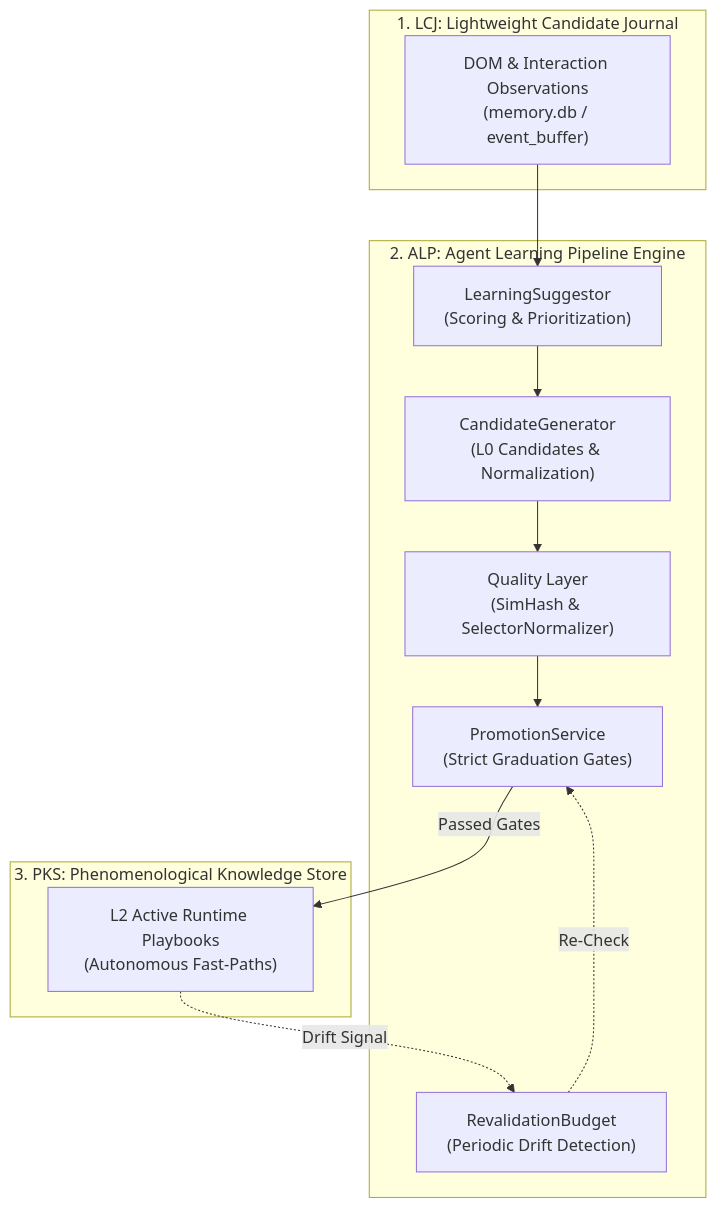
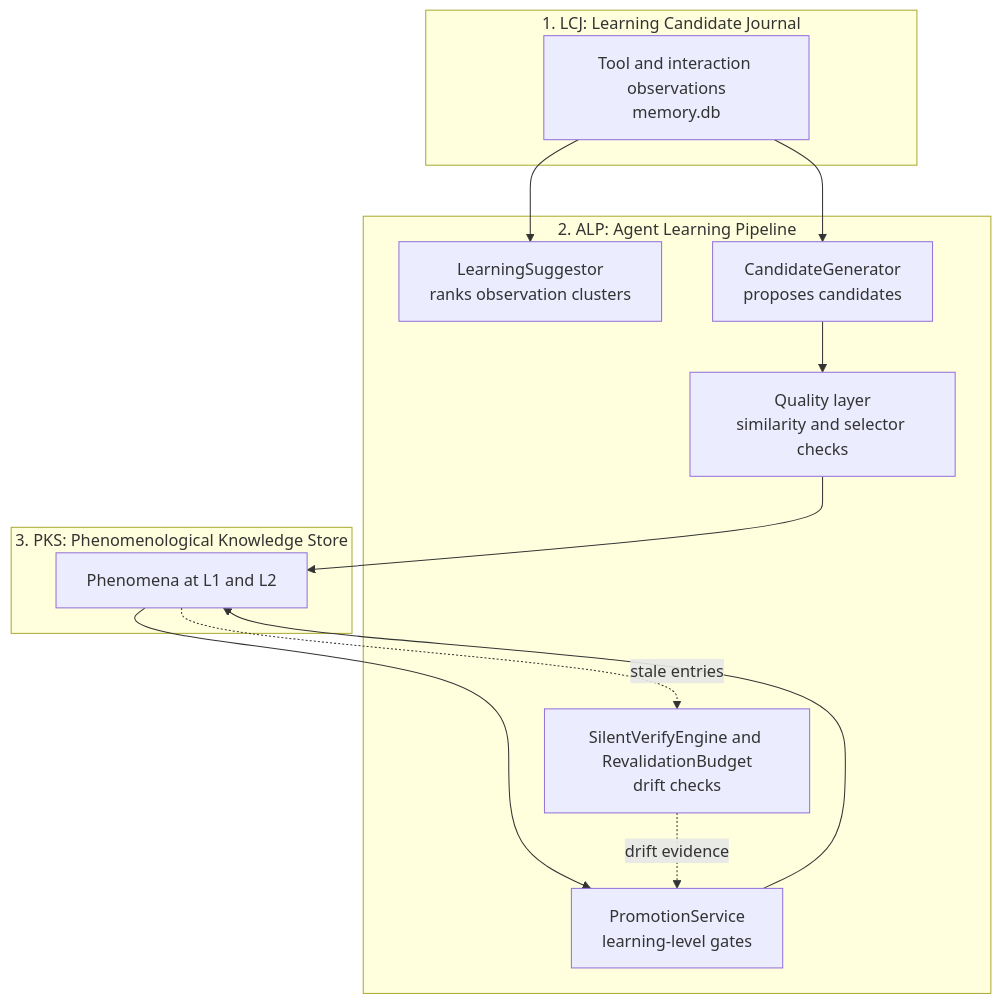
The diagram in docs/core-features/learning-pipeline-alp.md (joelaniol/nova), drawn with Mermaid before and after one commit. The commit also changed other lines of this file and 495 other files, not shown here.

````diff
--- a/docs/core-features/learning-pipeline-alp.md
+++ b/docs/core-features/learning-pipeline-alp.md
@@ -26,33 +26,27 @@
 ```mermaid
 flowchart TD
-    subgraph LCJLayer["1. LCJ: Lightweight Candidate Journal"]
-        Obs["DOM & Interaction Observations
-(memory.db / event_buffer)"]
+    subgraph LCJLayer["1. LCJ: Learning Candidate Journal"]
+        Obs["Tool and interaction observations<br/>memory.db"]
     end
 
-    subgraph ALPPipeline["2. ALP: Agent Learning Pipeline Engine"]
-        Suggest["LearningSuggestor
-(Scoring & Prioritization)"]
-        Gen["CandidateGenerator
-(L0 Candidates & Normalization)"]
-        Quality["Quality Layer
-(SimHash & SelectorNormalizer)"]
-        Promote["PromotionService
-(Strict Graduation Gates)"]
-        Reval["RevalidationBudget
-(Periodic Drift Detection)"]
+    subgraph ALPPipeline["2. ALP: Agent Learning Pipeline"]
+        Suggest["LearningSuggestor<br/>ranks observation clusters"]
+        Gen["CandidateGenerator<br/>proposes candidates"]
+        Quality["Quality layer<br/>similarity and selector checks"]
+        Promote["PromotionService<br/>learning-level gates"]
+        Reval["SilentVerifyEngine and RevalidationBudget<br/>drift checks"]
     end
 
     subgraph PKSStore["3. PKS: Phenomenological Knowledge Store"]
-        FastPath["L2 Active Runtime Playbooks
-(Autonomous Fast-Paths)"]
+        FastPath["Phenomena at L1 and L2"]
     end
 
     Obs --> Suggest
-    Suggest --> Gen
+    Obs --> Gen
     Gen --> Quality
-    Quality --> Promote
-    Promote -->|Passed Gates| FastPath
-    FastPath -. Drift Signal .-> Reval
-    Reval -. Re-Check .-> Promote
+    Quality --> FastPath
+    FastPath --> Promote
+    Promote --> FastPath
+    FastPath -. stale entries .-> Reval
+    Reval -. drift evidence .-> Promote
 ```
````
